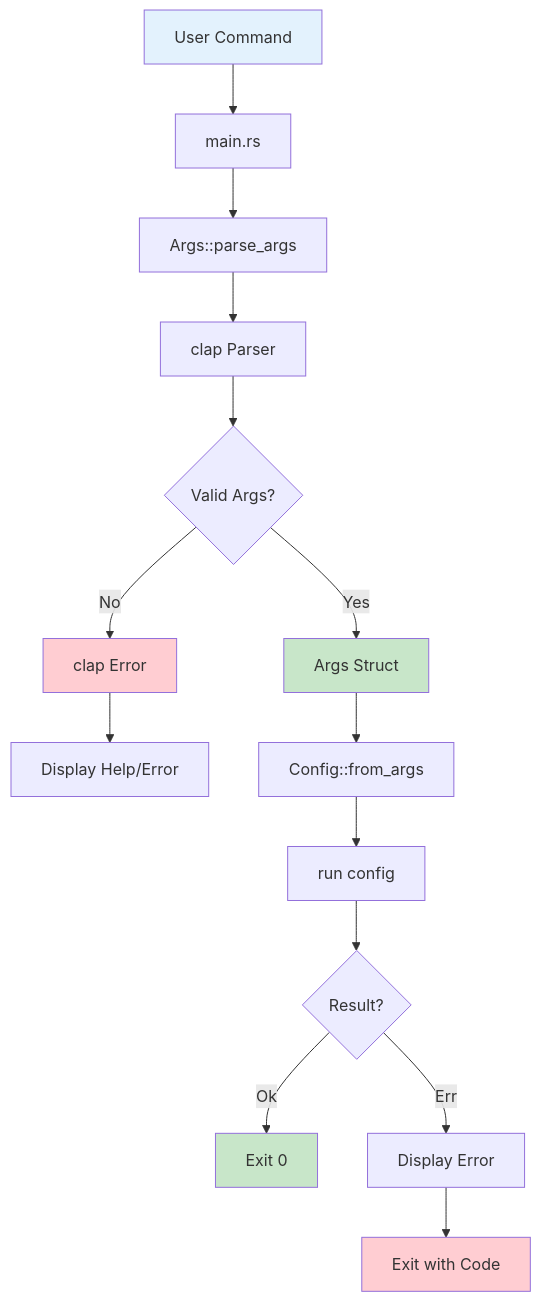
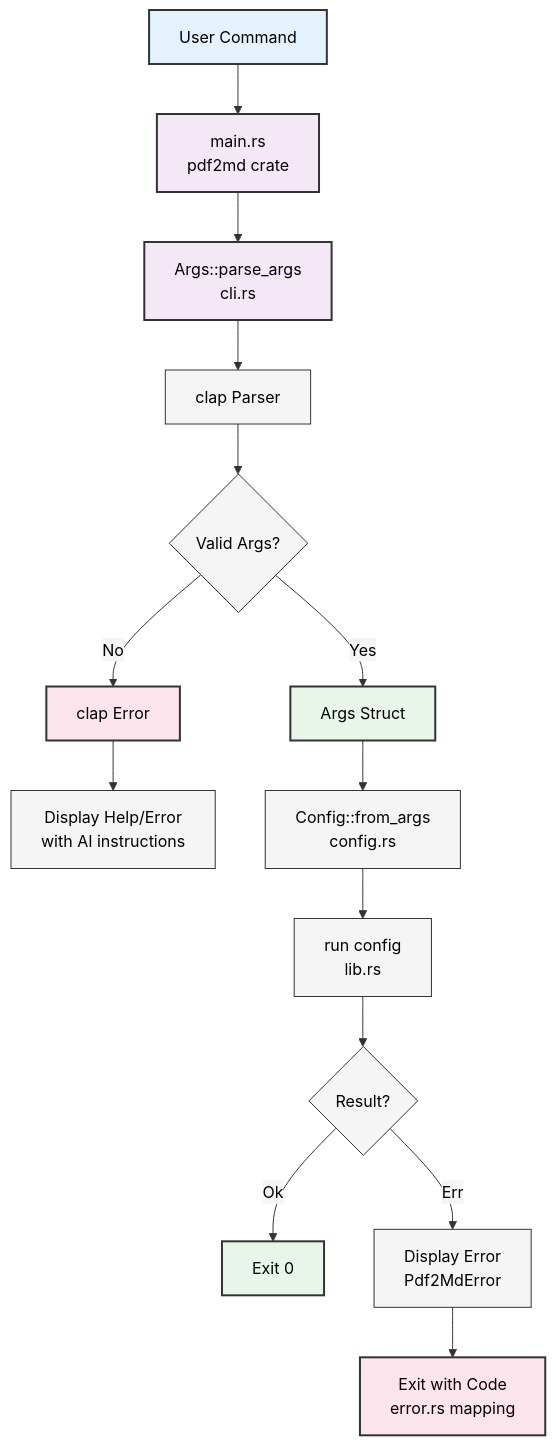
The first of 2 diagrams in wiki/CLI-Component.md (softwarewrighter/pdf2md), drawn with Mermaid before and after one commit. The commit also changed other lines of this file and 12 other files, not shown here.

First line of the commit message:
docs: update wiki and docs for workspace architecture

````diff
--- a/wiki/CLI-Component.md
+++ b/wiki/CLI-Component.md
@@ -20,22 +25,25 @@
 ```mermaid
+%%{init: {'theme':'base', 'themeVariables': {'primaryColor':'#f5f5f5','primaryTextColor':'#000','primaryBorderColor':'#333','lineColor':'#333','secondaryColor':'#f5f5f5','tertiaryColor':'#f5f5f5'}}}%%
 graph TB
-    A[User Command] --> B[main.rs]
-    B --> C[Args::parse_args]
+    A[User Command] --> B[main.rs<br/>pdf2md crate]
+    B --> C[Args::parse_args<br/>cli.rs]
     C --> D[clap Parser]
     D --> E{Valid Args?}
     E -->|Yes| F[Args Struct]
     E -->|No| G[clap Error]
-    G --> H[Display Help/Error]
-    F --> I[Config::from_args]
-    I --> J[run config]
+    G --> H[Display Help/Error<br/>with AI instructions]
+    F --> I[Config::from_args<br/>config.rs]
+    I --> J[run config<br/>lib.rs]
     J --> K{Result?}
     K -->|Ok| L[Exit 0]
-    K -->|Err| M[Display Error]
-    M --> N[Exit with Code]
+    K -->|Err| M[Display Error<br/>Pdf2MdError]
+    M --> N[Exit with Code<br/>error.rs mapping]
 
-    style A fill:#e3f2fd
-    style F fill:#c8e6c9
-    style G fill:#ffcdd2
-    style L fill:#c8e6c9
-    style N fill:#ffcdd2
+    style A fill:#e3f2fd,stroke:#333,stroke-width:2px,color:#000
+    style B fill:#f4e8f7,stroke:#333,stroke-width:2px,color:#000
+    style C fill:#f4e8f7,stroke:#333,stroke-width:2px,color:#000
+    style F fill:#e8f5e9,stroke:#333,stroke-width:2px,color:#000
+    style G fill:#fce4ec,stroke:#333,stroke-width:2px,color:#000
+    style L fill:#e8f5e9,stroke:#333,stroke-width:2px,color:#000
+    style N fill:#fce4ec,stroke:#333,stroke-width:2px,color:#000
 ```
````
